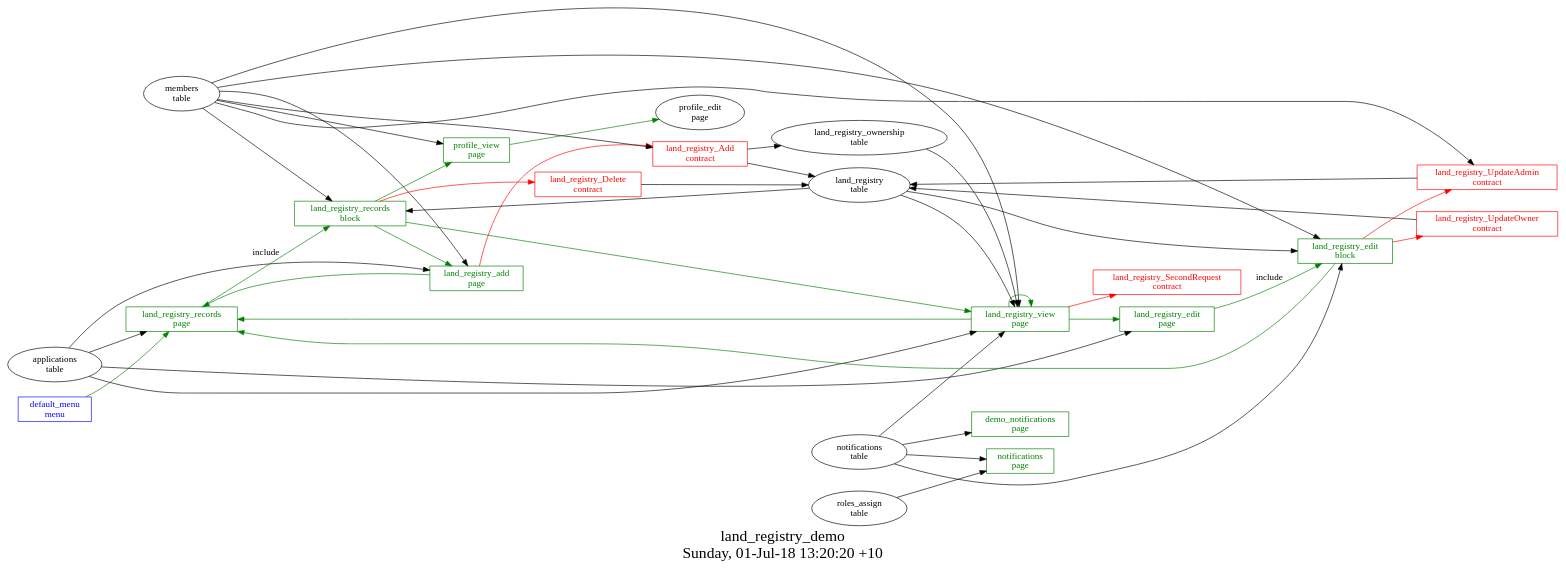
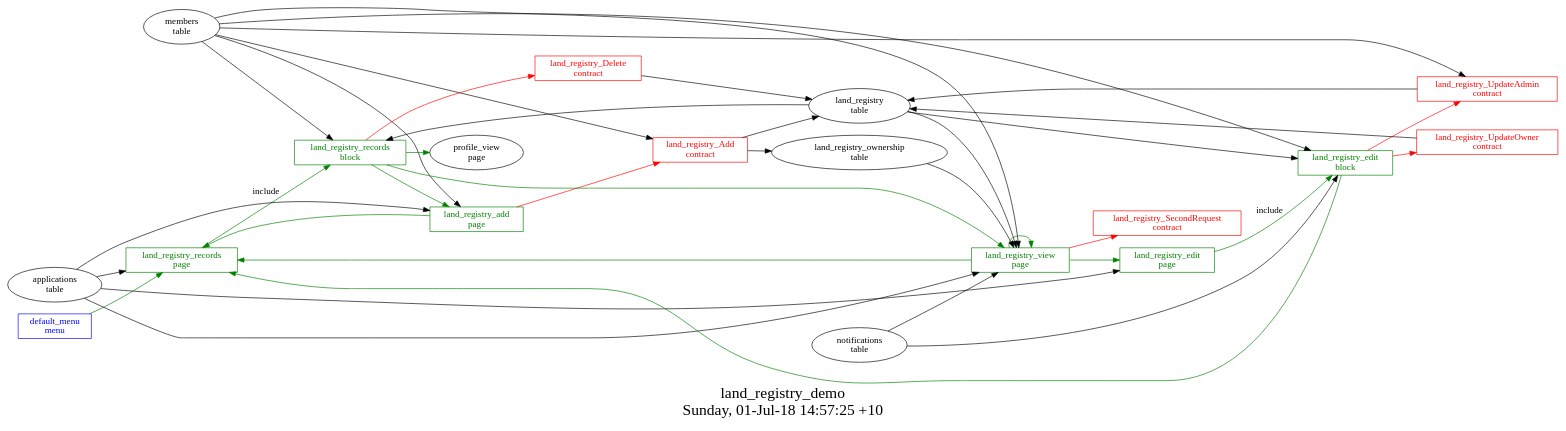
Before and after one commit to AplaProject/apps: the diagram in quick-start/land_registry_demo/struct.dot, drawn with Graphviz. The commit also changed 5 other files, not shown here.

```diff
--- a/quick-start/land_registry_demo/struct.dot
+++ b/quick-start/land_registry_demo/struct.dot
@@ -1,67 +1,59 @@
 digraph G {
 fontsize="24";
-label="land_registry_demo\nSunday, 01-Jul-18 13:20:20 +10";
+label="land_registry_demo\nSunday, 01-Jul-18 14:57:25 +10";
 nojustify=true;
 ordering=out;
 rankdir=LR;
 size="30";
 "default_menu\nmenu" -> "land_registry_records\npage"  [ color=green ]
 "default_menu\nmenu" [color=blue, fontcolor=blue, group=menus, shape=record];
-"notifications\ntable" -> "demo_notifications\npage"
-"demo_notifications\npage" [color=green, fontcolor=green, group=pages, shape=record];
 "land_registry_add\npage" -> "land_registry_Add\ncontract"  [ color=red ]
 "applications\ntable" -> "land_registry_add\npage"
 "members\ntable" -> "land_registry_add\npage"
 "land_registry_add\npage" -> "land_registry_records\npage"  [ color=green ]
 "land_registry_add\npage" [color=green, fontcolor=green, group=pages, shape=record];
 "applications\ntable" -> "land_registry_edit\npage"
 "land_registry_edit\npage" -> "land_registry_edit\nblock"  [ color=green, label=include ]
 "land_registry_edit\npage" [color=green, fontcolor=green, group=pages, shape=record];
 "applications\ntable" -> "land_registry_records\npage"
 "land_registry_records\npage" -> "land_registry_records\nblock"  [ color=green, label=include ]
 "land_registry_records\npage" [color=green, fontcolor=green, group=pages, shape=record];
 "land_registry_view\npage" -> "land_registry_SecondRequest\ncontract"  [ color=red ]
 "applications\ntable" -> "land_registry_view\npage"
 "land_registry\ntable" -> "land_registry_view\npage"
 "land_registry_ownership\ntable" -> "land_registry_view\npage"
 "members\ntable" -> "land_registry_view\npage"
 "notifications\ntable" -> "land_registry_view\npage"
 "land_registry_view\npage" -> "land_registry_records\npage"  [ color=green ]
 "land_registry_view\npage" -> "land_registry_view\npage"  [ color=green ]
 "land_registry_view\npage" -> "land_registry_edit\npage"  [ color=green ]
 "land_registry_view\npage" [color=green, fontcolor=green, group=pages, shape=record];
-"notifications\ntable" -> "notifications\npage"
-"roles_assign\ntable" -> "notifications\npage"
-"notifications\npage" [color=green, fontcolor=green, group=pages, shape=record];
-"members\ntable" -> "profile_view\npage"
-"profile_view\npage" -> "profile_edit\npage"  [ color=green ]
-"profile_view\npage" [color=green, fontcolor=green, group=pages, shape=record];
 "land_registry_edit\nblock" -> "land_registry_UpdateAdmin\ncontract"  [ color=red ]
 "land_registry_edit\nblock" -> "land_registry_UpdateOwner\ncontract"  [ color=red ]
 "notifications\ntable" -> "land_registry_edit\nblock"
 "land_registry\ntable" -> "land_registry_edit\nblock"
 "members\ntable" -> "land_registry_edit\nblock"
 "land_registry_edit\nblock" -> "land_registry_records\npage"  [ color=green ]
 "land_registry_edit\nblock" [color=green, fontcolor=green, group=blocks, shape=record];
 "land_registry_records\nblock" -> "land_registry_Delete\ncontract"  [ color=red ]
 "land_registry\ntable" -> "land_registry_records\nblock"
 "members\ntable" -> "land_registry_records\nblock"
 "land_registry_records\nblock" -> "profile_view\npage"  [ color=green ]
 "land_registry_records\nblock" -> "land_registry_view\npage"  [ color=green ]
 "land_registry_records\nblock" -> "land_registry_add\npage"  [ color=green ]
 "land_registry_records\nblock" [color=green, fontcolor=green, group=blocks, shape=record];
 "land_registry_Add\ncontract" -> "land_registry\ntable"  [ color="" ]
 "land_registry_Add\ncontract" -> "land_registry_ownership\ntable"  [ color="" ]
 "members\ntable" -> "land_registry_Add\ncontract"
 "land_registry_Add\ncontract" [color=red, fontcolor=red, group=contracts, shape=record];
 "land_registry_Delete\ncontract" -> "land_registry\ntable"  [ color="" ]
 "land_registry_Delete\ncontract" [color=red, fontcolor=red, group=contracts, shape=record];
 "land_registry_SecondRequest\ncontract" [color=red, fontcolor=red, group=contracts, shape=record];
 "land_registry_UpdateAdmin\ncontract" -> "land_registry\ntable"  [ color="" ]
 "members\ntable" -> "land_registry_UpdateAdmin\ncontract"
 "land_registry_UpdateAdmin\ncontract" [color=red, fontcolor=red, group=contracts, shape=record];
 "land_registry_UpdateOwner\ncontract" -> "land_registry\ntable"  [ color="" ]
 "land_registry_UpdateOwner\ncontract" [color=red, fontcolor=red, group=contracts, shape=record];
 "land_registry\ntable" [color="", fontcolor="", group=tables, shape=""];
 "land_registry_ownership\ntable" [color="", fontcolor="", group=tables, shape=""];
 }
```
